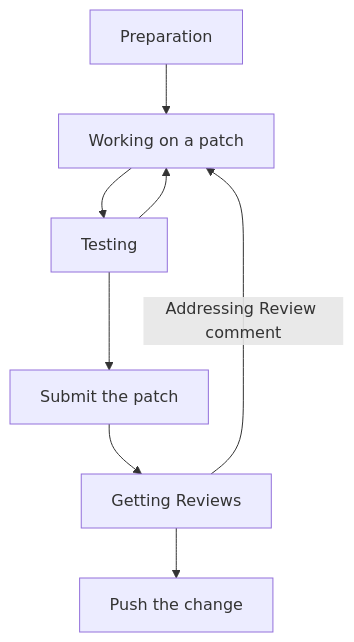
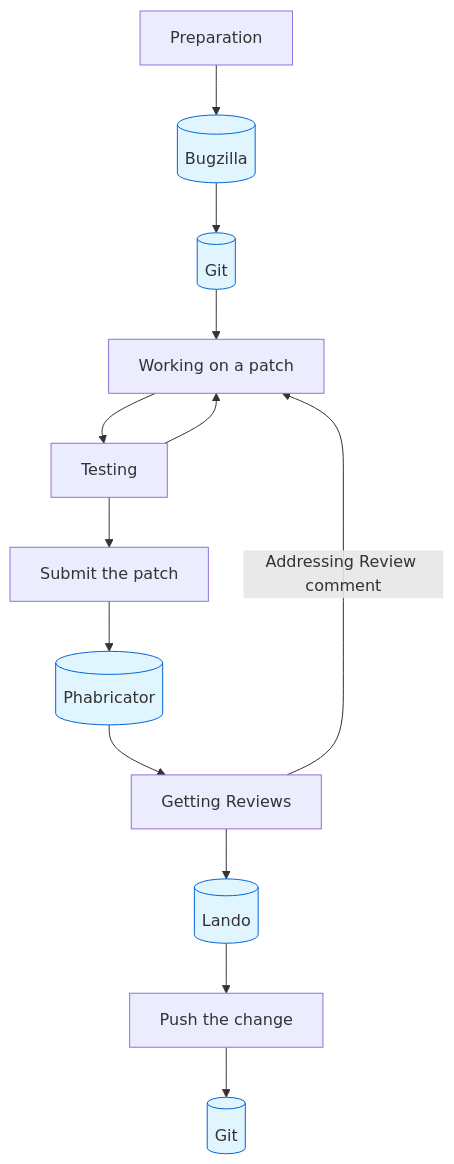
One commit to marco-c/gecko-dev-comments-removed changed the diagram in docs/contributing/how_to_submit_a_patch.rst. Above: the diagram before and after it, drawn with Mermaid.

Commit message:
no bug - doc - How to submit a patch: add boxes with the name of the tools r=overholt DONTBUILD

UltraBlame original commit: 927c3c18028f7e0bfab1cc45d5f18f01015e41ee

```diff
--- a/docs/contributing/how_to_submit_a_patch.rst
+++ b/docs/contributing/how_to_submit_a_patch.rst
@@ -14,10 +14,20 @@
 .. mermaid::
 
      graph TD;
-         Preparation --> c[Working on a patch];
+         Preparation --> Bugzilla[(Bugzilla)];
+         Bugzilla[(Bugzilla)] --> Git[(Git)];
+         Git[(Git)] --> c[Working on a patch];
          c[Working on a patch] --> Testing;
          Testing --> c[Working on a patch];
          Testing --> e[Submit the patch];
-         e[Submit the patch] --> d[Getting Reviews]
+         e[Submit the patch] --> Phabricator[(Phabricator)];
+         Phabricator[(Phabricator)] --> d[Getting Reviews];
          d[Getting Reviews] -- Addressing Review comment --> c[Working on a patch];
-         d[Getting Reviews] --> h[Push the change];
+         d[Getting Reviews] --> Lando[(Lando)];
+         Lando[(Lando)] --> h[Push the change];
+         h[Push the change] --> Git2[(Git)];
+         style Bugzilla fill:#e1f5ff,stroke:#0366d6
+         style Git fill:#e1f5ff,stroke:#0366d6
+         style Phabricator fill:#e1f5ff,stroke:#0366d6
+         style Lando fill:#e1f5ff,stroke:#0366d6
+         style Git2 fill:#e1f5ff,stroke:#0366d6
```
